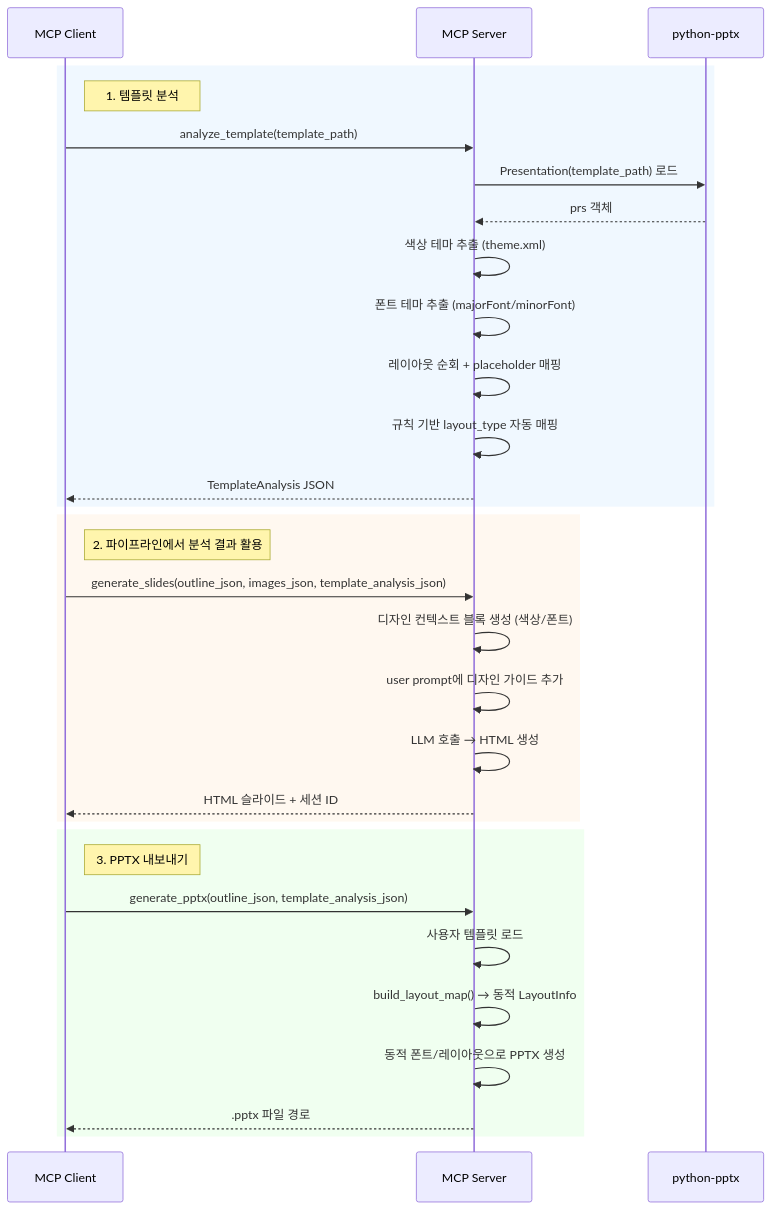
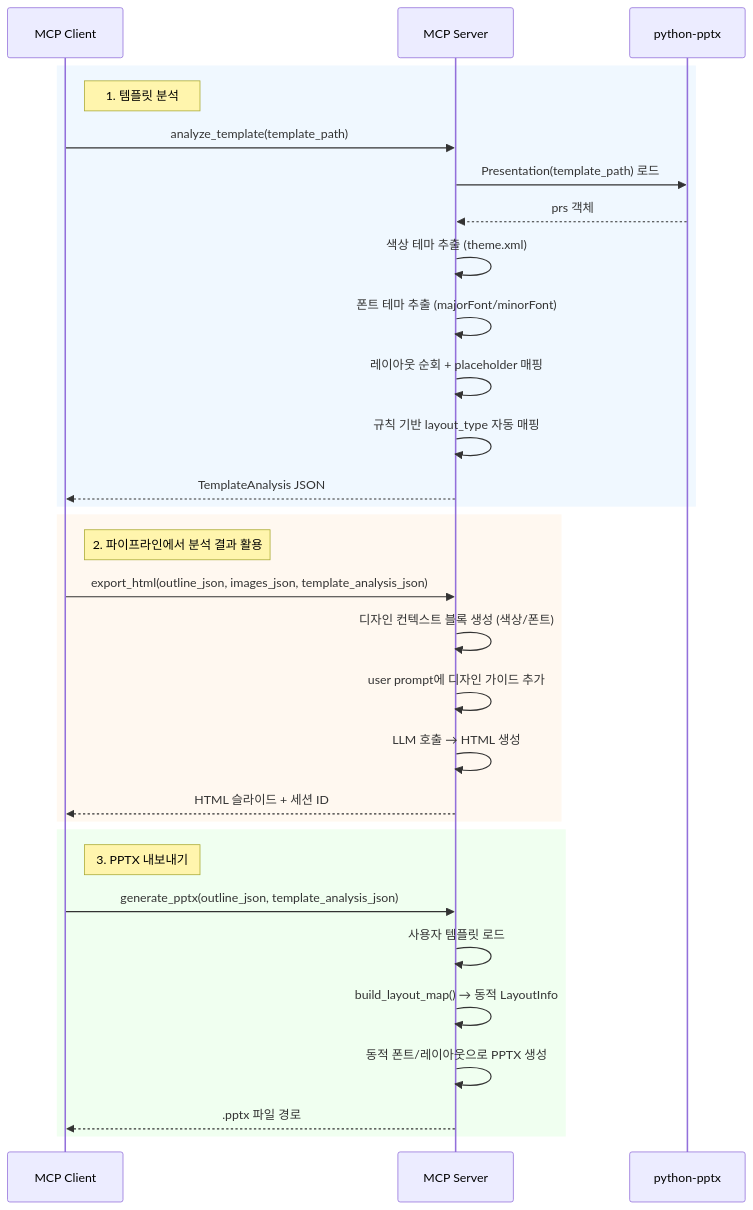
Before and after one commit to haandol/ppt-generator: the diagram in docs/adr/pipeline/0008-template-analysis.md, drawn with Mermaid. The commit also changed other lines of this file and 17 other files, not shown here.

First line of the commit message:
refactor(slides): rename generate_slides to export_html for naming consistency

````diff
--- a/docs/adr/pipeline/0008-template-analysis.md
+++ b/docs/adr/pipeline/0008-template-analysis.md
@@ -236,36 +236,36 @@
 ```mermaid
 sequenceDiagram
     participant Client as MCP Client
     participant Server as MCP Server
     participant PptxLib as python-pptx
 
     rect rgb(240, 248, 255)
     note right of Client: 1. 템플릿 분석
     Client->>Server: analyze_template(template_path)
     Server->>PptxLib: Presentation(template_path) 로드
     PptxLib-->>Server: prs 객체
     Server->>Server: 색상 테마 추출 (theme.xml)
     Server->>Server: 폰트 테마 추출 (majorFont/minorFont)
     Server->>Server: 레이아웃 순회 + placeholder 매핑
     Server->>Server: 규칙 기반 layout_type 자동 매핑
     Server-->>Client: TemplateAnalysis JSON
     end
 
     rect rgb(255, 248, 240)
     note right of Client: 2. 파이프라인에서 분석 결과 활용
-    Client->>Server: generate_slides(outline_json, images_json, template_analysis_json)
+    Client->>Server: export_html(outline_json, images_json, template_analysis_json)
     Server->>Server: 디자인 컨텍스트 블록 생성 (색상/폰트)
     Server->>Server: user prompt에 디자인 가이드 추가
     Server->>Server: LLM 호출 → HTML 생성
     Server-->>Client: HTML 슬라이드 + 세션 ID
     end
 
     rect rgb(240, 255, 240)
     note right of Client: 3. PPTX 내보내기
     Client->>Server: generate_pptx(outline_json, template_analysis_json)
     Server->>Server: 사용자 템플릿 로드
     Server->>Server: build_layout_map() → 동적 LayoutInfo
     Server->>Server: 동적 폰트/레이아웃으로 PPTX 생성
     Server-->>Client: .pptx 파일 경로
     end
 ```
````
